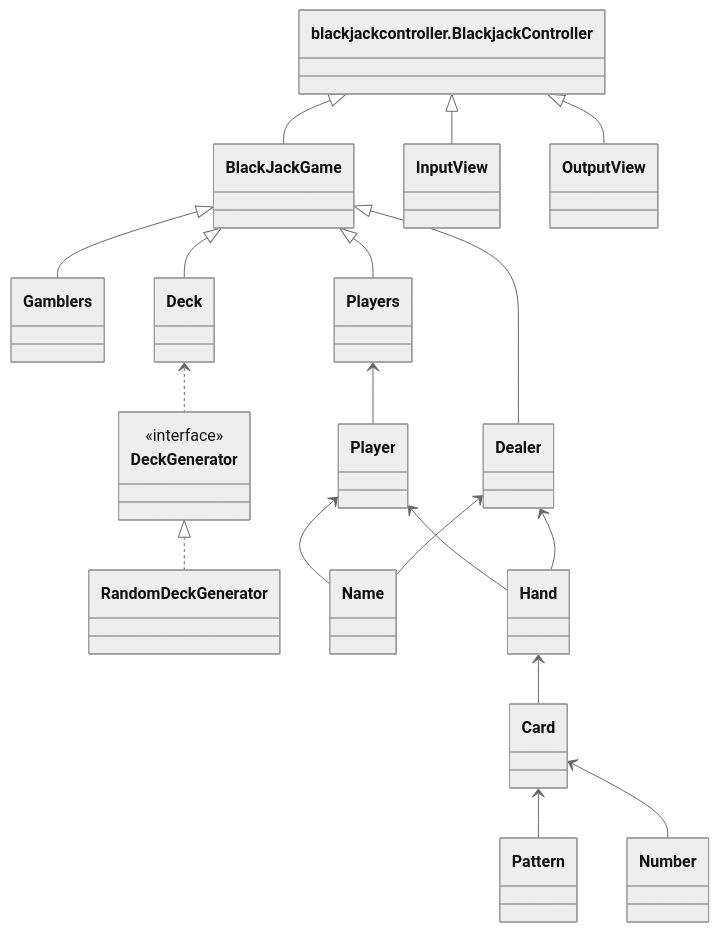
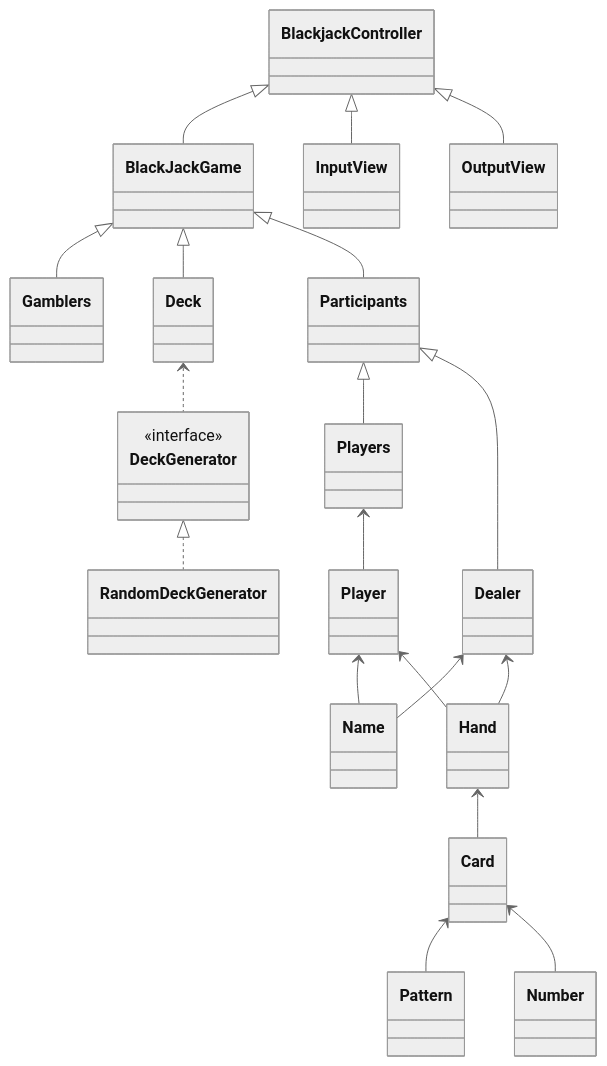
One commit to woowacourse/java-blackjack changed the diagram in README.md. Above: the diagram before and after it, drawn with Mermaid (neutral theme).

Commit message:
docs: fix class diagram

````diff
--- a/README.md
+++ b/README.md
@@ -11,21 +11,22 @@
 ```mermaid
 classDiagram
     BlackJackGame <|-- Gamblers
     BlackJackGame <|-- Deck
-    BlackJackGame <|-- Players
-    BlackJackGame <|-- Dealer
-blackjackcontroller.BlackjackController <|-- BlackJackGame
-blackjackcontroller.BlackjackController <|-- InputView
-blackjackcontroller.BlackjackController <|-- OutputView
-Deck <.. DeckGenerator
-<<interface>>DeckGenerator
-DeckGenerator <|.. RandomDeckGenerator
-Players <-- Player
-Player <-- Name
-Player <-- Hand
-Dealer <-- Name
-Dealer <-- Hand
-Hand <-- Card
-Card <-- Pattern
-Card <-- Number
+    BlackJackGame <|-- Participants
+    Participants <|-- Players
+    Participants <|-- Dealer
+    BlackjackController <|-- BlackJackGame
+    BlackjackController <|-- InputView
+    BlackjackController <|-- OutputView
+    Deck <.. DeckGenerator
+    <<interface>>DeckGenerator
+    DeckGenerator <|.. RandomDeckGenerator
+    Players <-- Player
+    Player <-- Name
+    Player <-- Hand
+    Dealer <-- Name
+    Dealer <-- Hand
+    Hand <-- Card
+    Card <-- Pattern
+    Card <-- Number
 ```
````
